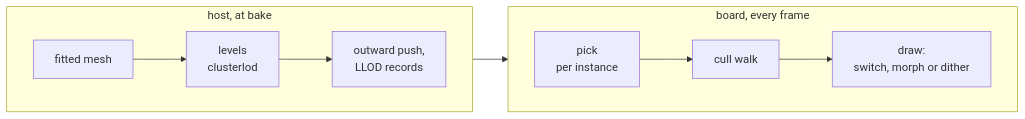
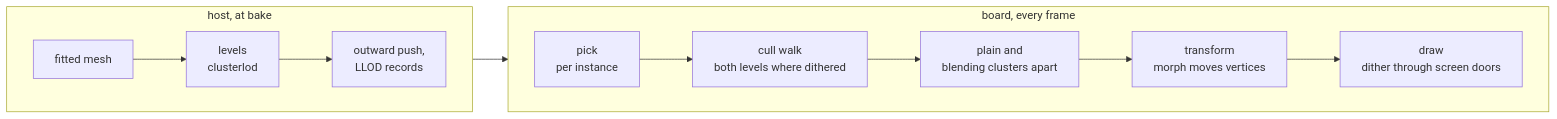
Before and after one commit to jose-villegas/autana: the first of 4 diagrams in docs/render/frame/Levels-of-Detail.md, drawn with Mermaid. The commit also changed other lines of this file and 1 other file, not shown here.

````diff
--- a/docs/render/frame/Levels-of-Detail.md
+++ b/docs/render/frame/Levels-of-Detail.md
@@ -6,12 +6,13 @@
 ```mermaid
 flowchart LR
     subgraph Host["host, at bake"]
         direction LR
         Fit[fitted mesh] --> Levels[levels<br/>clusterlod] --> Bake[outward push,<br/>LLOD records]
     end
     subgraph Board["board, every frame"]
         direction LR
-        Pick[pick<br/>per instance] --> Cull[cull walk] --> Blend[draw:<br/>switch, morph or dither]
+        Pick[pick<br/>per instance] --> Cull[cull walk<br/>both levels where dithered] --> Split[plain and<br/>blending clusters apart]
+        Split --> Transform[transform<br/>morph moves vertices] --> Draw[draw<br/>dither through screen doors]
     end
     Host --> Board
 ```
````
